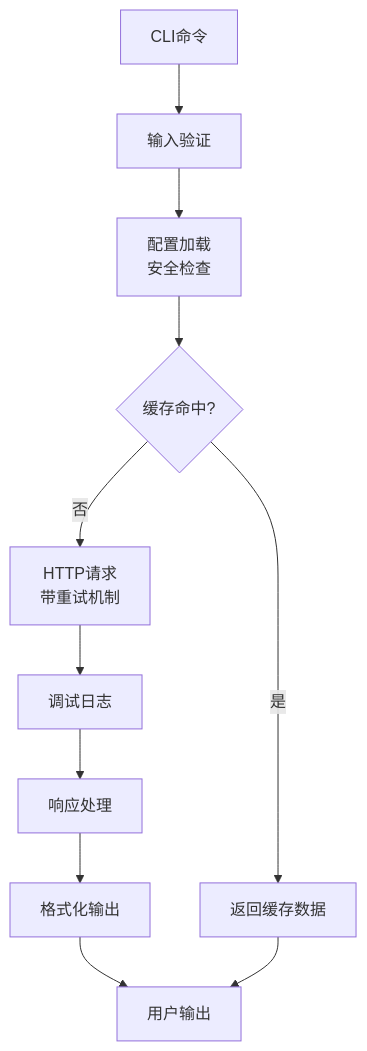
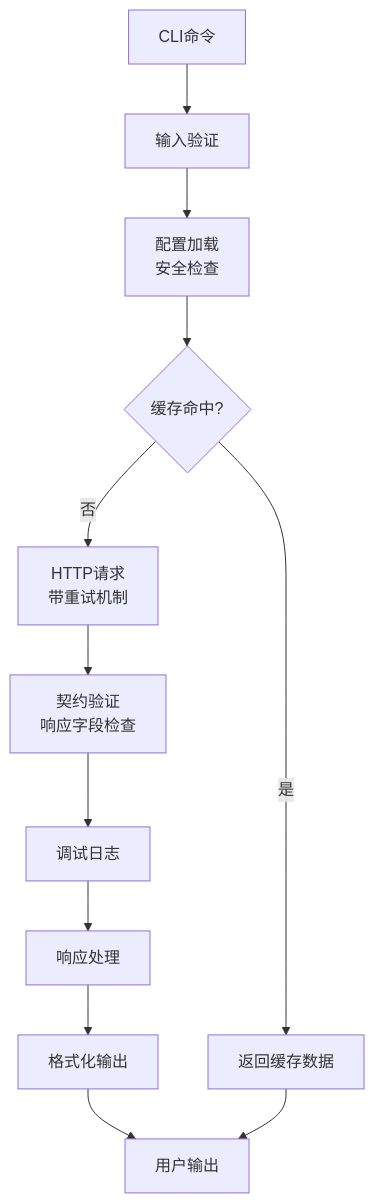
The fifth of 10 diagrams in .qoder/repowiki/zh/content/开发指南/开发指南.md (gujialind/InvestRing), drawn with Mermaid before and after one commit. The commit also changed other lines of this file and 19 other files, not shown here.

````diff
--- a/.qoder/repowiki/zh/content/开发指南/开发指南.md
+++ b/.qoder/repowiki/zh/content/开发指南/开发指南.md
@@ -226,13 +267,14 @@
 ```mermaid
 flowchart TD
 CLI["CLI命令"] --> Validate["输入验证"]
 Validate --> Config["配置加载<br/>安全检查"]
 Config --> Cache{"缓存命中?"}
 Cache --> |是| Cached["返回缓存数据"]
 Cache --> |否| Request["HTTP请求<br/>带重试机制"]
-Request --> Debug["调试日志"]
+Request --> Contract["契约验证<br/>响应字段检查"]
+Contract --> Debug["调试日志"]
 Debug --> Response["响应处理"]
 Response --> Format["格式化输出"]
 Format --> Output["用户输出"]
 Cached --> Output
 ```
````
